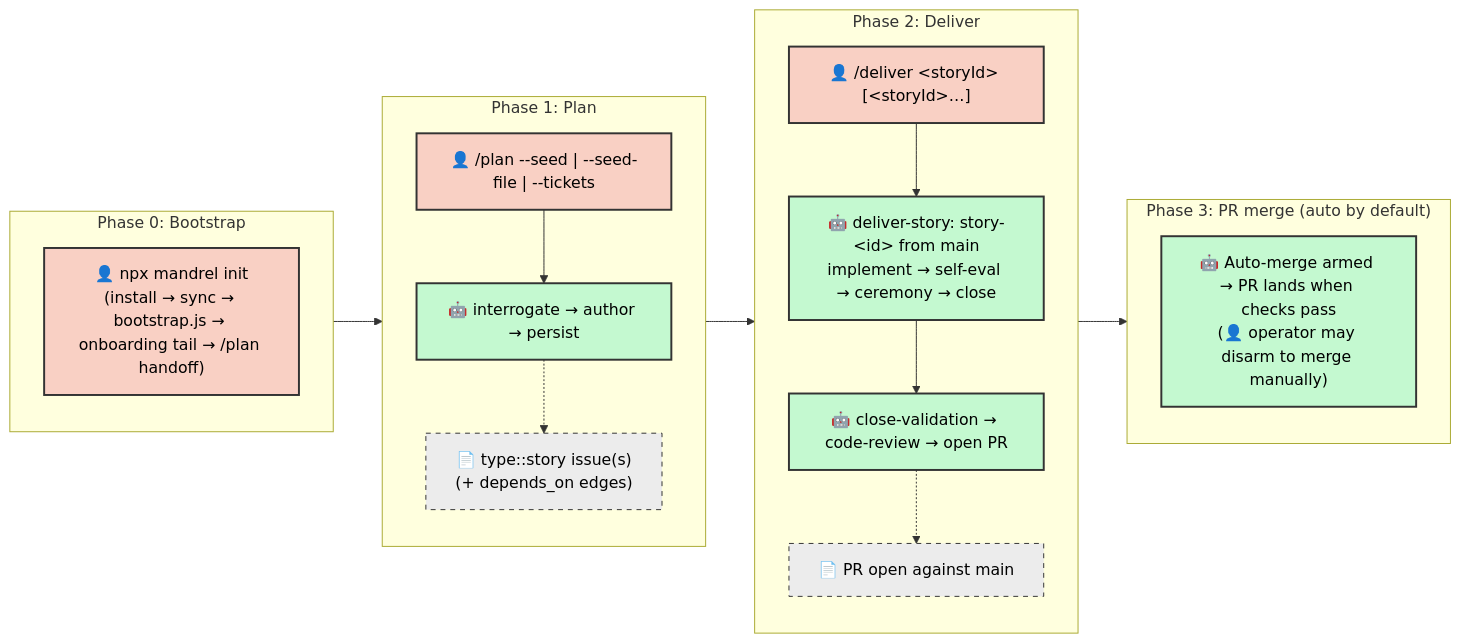
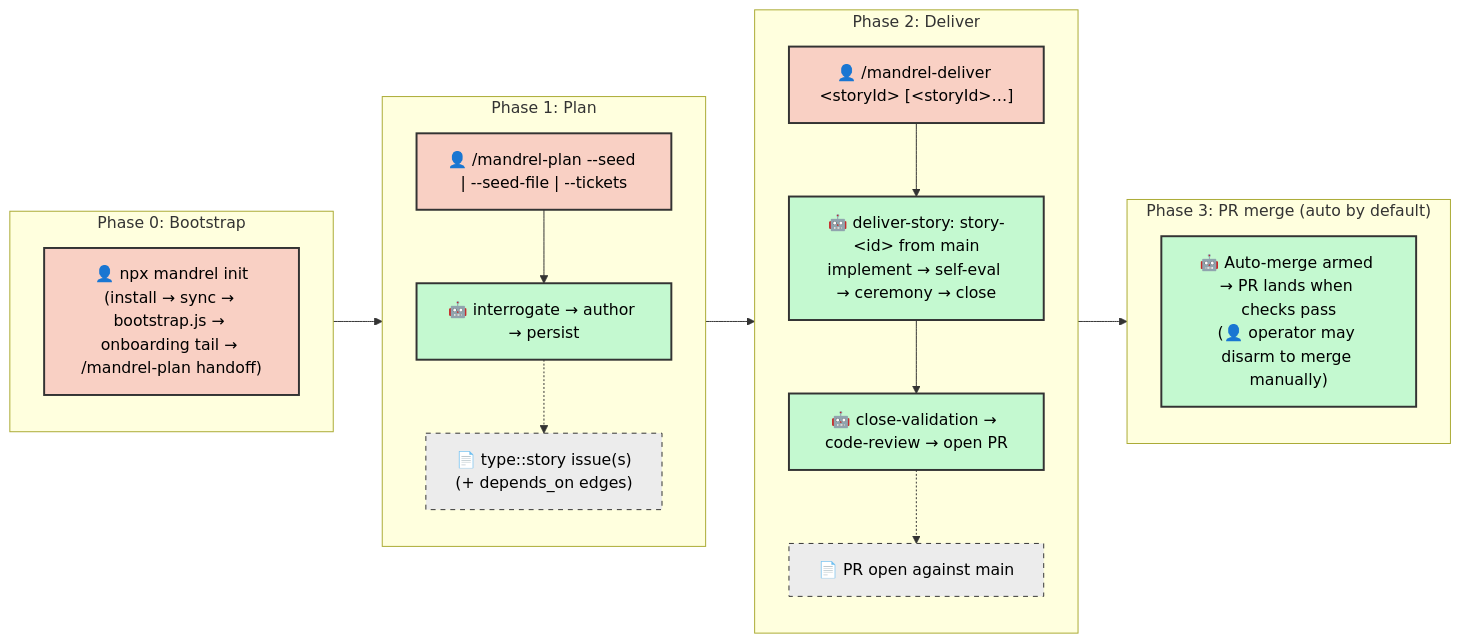
The diagram in .agents/docs/SDLC.md (dsj1984/mandrel-platform), drawn with Mermaid before and after one commit. The commit also changed other lines of this file and 230 other files, not shown here.

````diff
--- a/.agents/docs/SDLC.md
+++ b/.agents/docs/SDLC.md
@@ -128,37 +128,37 @@
 ```mermaid
 graph LR
     classDef manual fill:#f9d0c4,stroke:#333,stroke-width:2px,color:#000;
     classDef agentic fill:#c4f9d0,stroke:#333,stroke-width:2px,color:#000;
     classDef artifact fill:#ececec,stroke:#333,stroke-width:1px,stroke-dasharray: 5 5,color:#000;
 
     subgraph Phase0 ["Phase 0: Bootstrap"]
         direction TB
-        Z["👤 npx mandrel init<br/>(install → sync → bootstrap.js → onboarding tail → /plan handoff)"]:::manual
+        Z["👤 npx mandrel init<br/>(install → sync → bootstrap.js → onboarding tail → /mandrel-plan handoff)"]:::manual
     end
 
     subgraph Phase1 ["Phase 1: Plan"]
         direction TB
-        A["👤 /plan --seed | --seed-file | --tickets"]:::manual
+        A["👤 /mandrel-plan --seed | --seed-file | --tickets"]:::manual
         B["🤖 interrogate → author → persist"]:::agentic
         A --> B
         B -.-> B_Art["📄 type::story issue(s)<br/>(+ depends_on edges)"]:::artifact
     end
 
     subgraph Phase2 ["Phase 2: Deliver"]
         direction TB
-        E["👤 /deliver &lt;storyId&gt; [&lt;storyId&gt;…]"]:::manual
+        E["👤 /mandrel-deliver &lt;storyId&gt; [&lt;storyId&gt;…]"]:::manual
         F["🤖 deliver-story: story-&lt;id&gt; from main<br/>implement → self-eval → ceremony → close"]:::agentic
         G["🤖 close-validation → code-review → open PR"]:::agentic
         E --> F --> G
         G -.-> G_Art["📄 PR open against main"]:::artifact
     end
 
     subgraph Phase3 ["Phase 3: PR merge (auto by default)"]
         direction TB
         H["🤖 Auto-merge armed → PR lands when checks pass<br/>(👤 operator may disarm to merge manually)"]:::agentic
     end
 
     Z --> A
     B --> E
     G --> H
 ```
````
